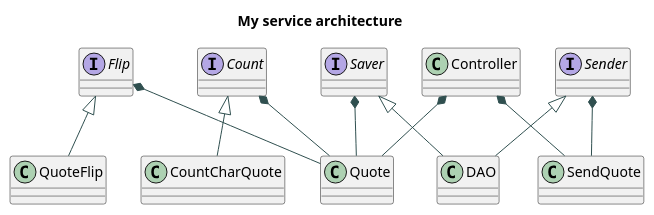
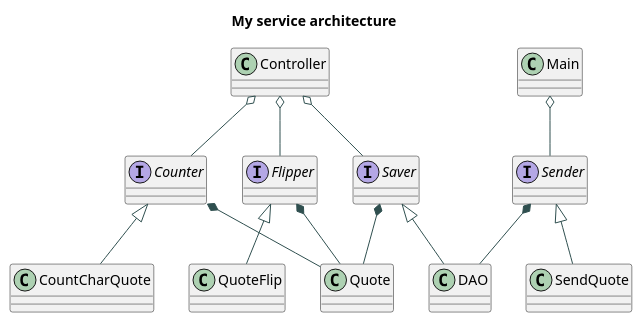
The diagram in TestUML.puml (Denjer-den/kafkaProject), drawn with PlantUML before and after one commit.

Commit message:
Add changes in service architecture design

```diff
--- a/TestUML.puml
+++ b/TestUML.puml
@@ -1,51 +1,54 @@
 @startuml
 Title "My service architecture"
 skinparam {
   ArrowColor DarkSlateGray
   ActorBorderColor DarkSlateGray
   ActorBackgroundColor SteelBlue
   ActorFontColor DarkSlateGray
   ParticipantBorderColor DarkSlateGray
   ParticipantBackgroundColor SteelBlue
   ParticipantFontColor White
   DatabaseBorderColor DarkSlateGray
   DatabaseBackgroundColor SteelBlue
   LifeLineBorderColor DarkSlateGray
   LifeLineBackgroundColor SteelBlue
   CollectionsBorderColor DarkSlateGray
   CollectionsBackgroundColor RoyalBlue
 }
 class Controller{}
 
-interface Flip
+interface Flipper{}
 
 class QuoteFlip{}
 
-interface Count
+interface Counter
 
 class CountCharQuote{}
 
 class Quote{}
 
 interface Saver
 
 class DAO{}
 
 class SendQuote{}
 
 interface Sender
 
-Controller *-- Quote
-Flip *-- Quote
-Flip <|-- QuoteFlip
-Count 	*-- Quote
-Count <|-- CountCharQuote
+class Main{}
+
+
+Flipper *-- Quote
+Flipper <|-- QuoteFlip
+Counter *-- Quote
+Counter <|-- CountCharQuote
 Saver *-- Quote
 Saver <|-- DAO
-Sender *-- SendQuote
-Sender <|-- DAO
-Controller *-- SendQuote
-
-
+Sender <|-- SendQuote
+Sender *-- DAO
+Main o-- Sender
+Controller o-- Flipper
+Controller o-- Counter
+Controller o-- Saver
 
 @enduml
```
